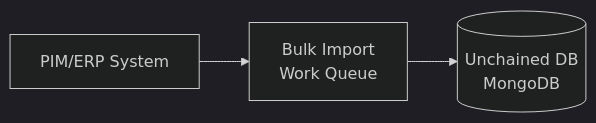
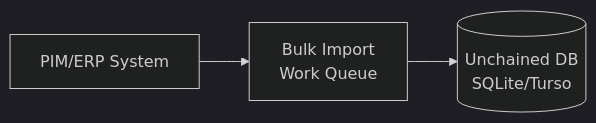
One commit to unchainedshop/unchained changed the diagram in docs/docs/guides/bulk-import.md. Above: the diagram before and after it, drawn with Mermaid (dark theme). The commit also changed other lines of this file and 37 other files, not shown here.

````diff
--- a/docs/docs/guides/bulk-import.md
+++ b/docs/docs/guides/bulk-import.md
@@ -16,4 +16,4 @@
 ```mermaid
 flowchart LR
-    PIM[PIM/ERP System] --> BI[Bulk Import<br/>Work Queue] --> DB[(Unchained DB<br/>MongoDB)]
+    PIM[PIM/ERP System] --> BI[Bulk Import<br/>Work Queue] --> DB[(Unchained DB<br/>SQLite/Turso)]
 ```
````
